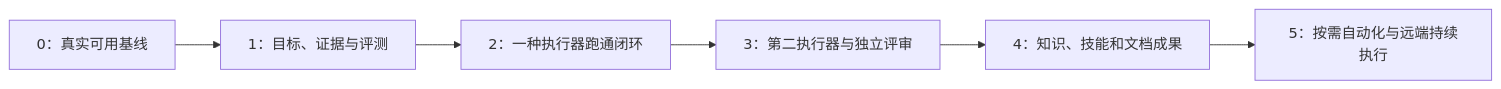
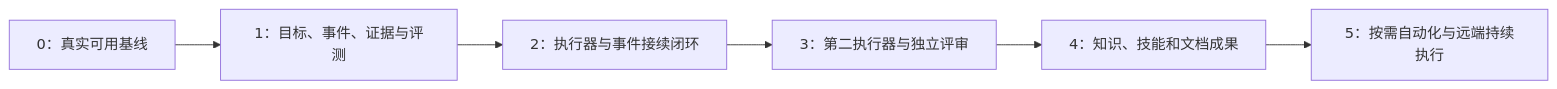
One commit to aa15119557034/agent-review-room changed the diagram in docs/phase2-候选任务.md. Above: the diagram before and after it, drawn with Mermaid. The commit also changed other lines of this file and 6 other files, not shown here.

````diff
--- a/docs/phase2-候选任务.md
+++ b/docs/phase2-候选任务.md
@@ -23,8 +25,8 @@
 ```mermaid
 flowchart LR
- A[0：真实可用基线] --> B[1：目标、证据与评测]
- B --> C[2：一种执行器跑通闭环]
+ A[0：真实可用基线] --> B[1：目标、事件、证据与评测]
+ B --> C[2：执行器与事件接续闭环]
  C --> D[3：第二执行器与独立评审]
  D --> E[4：知识、技能和文档成果]
  E --> F[5：按需自动化与远端持续执行]
 ```
````
